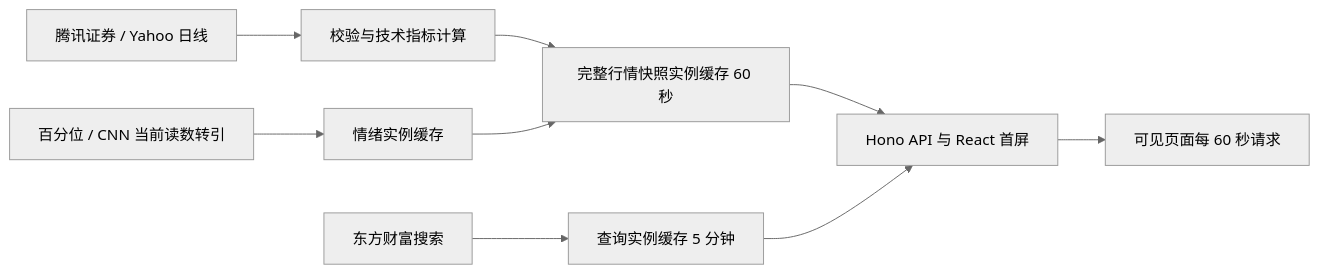
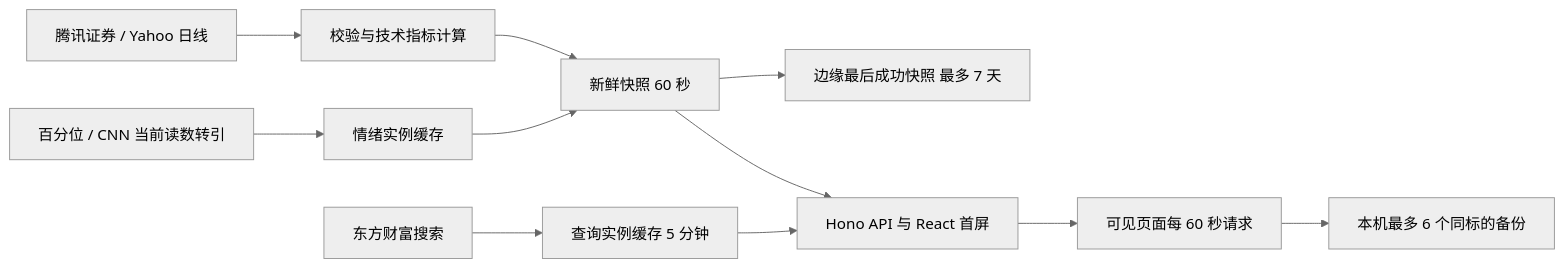
Before and after one commit to RyanProMax/trendbeak: the diagram in docs/data-flow.md, drawn with Mermaid (neutral theme). The commit also changed other lines of this file and 18 other files, not shown here.

````diff
--- a/docs/data-flow.md
+++ b/docs/data-flow.md
@@ -5,11 +5,13 @@
 ```mermaid
 flowchart LR
   prices[腾讯证券 / Yahoo 日线] --> compute[校验与技术指标计算]
   sentiment[百分位 / CNN 当前读数转引] --> moodCache[情绪实例缓存]
-  compute --> snapshot[完整行情快照实例缓存 60 秒]
+  compute --> snapshot[新鲜快照 60 秒]
+  snapshot --> lastgood[边缘最后成功快照 最多 7 天]
   moodCache --> snapshot
   search[东方财富搜索] --> searchCache[查询实例缓存 5 分钟]
   snapshot --> api[Hono API 与 React 首屏]
   searchCache --> api
   api --> browser[可见页面每 60 秒请求]
+  browser --> backup[本机最多 6 个同标的备份]
 ```
````
